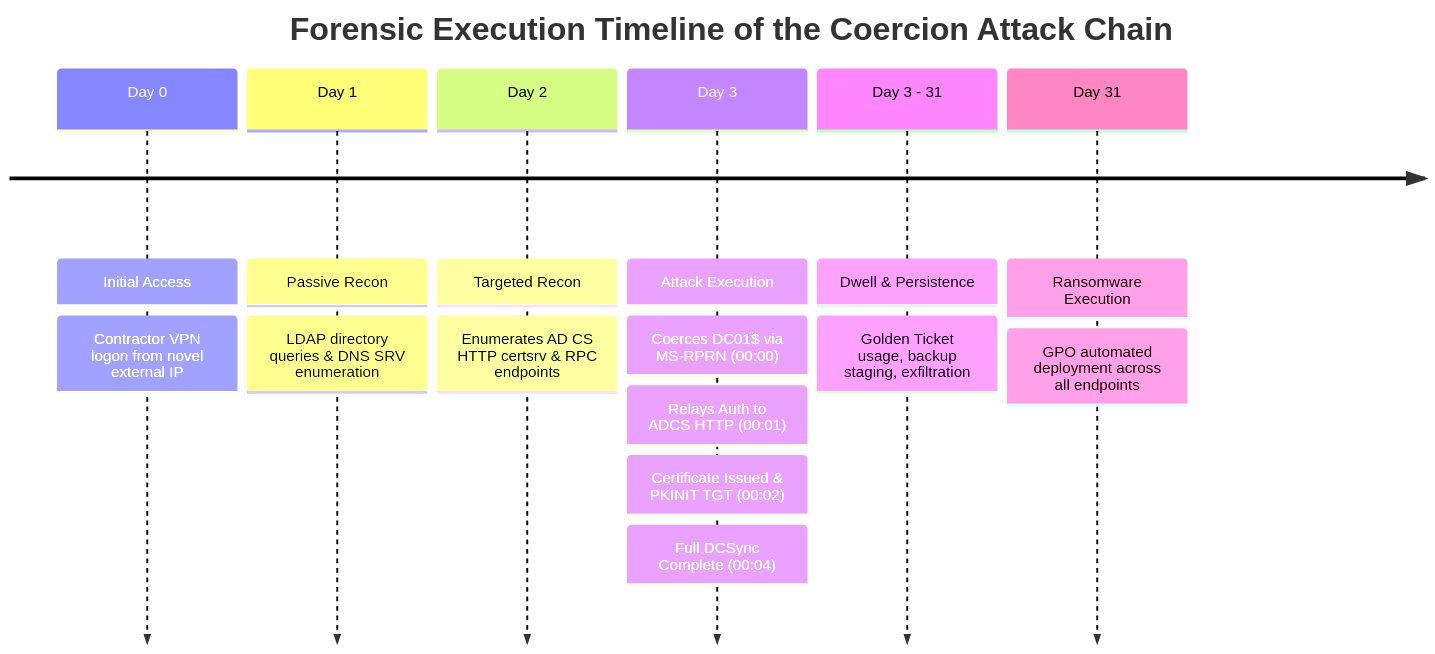
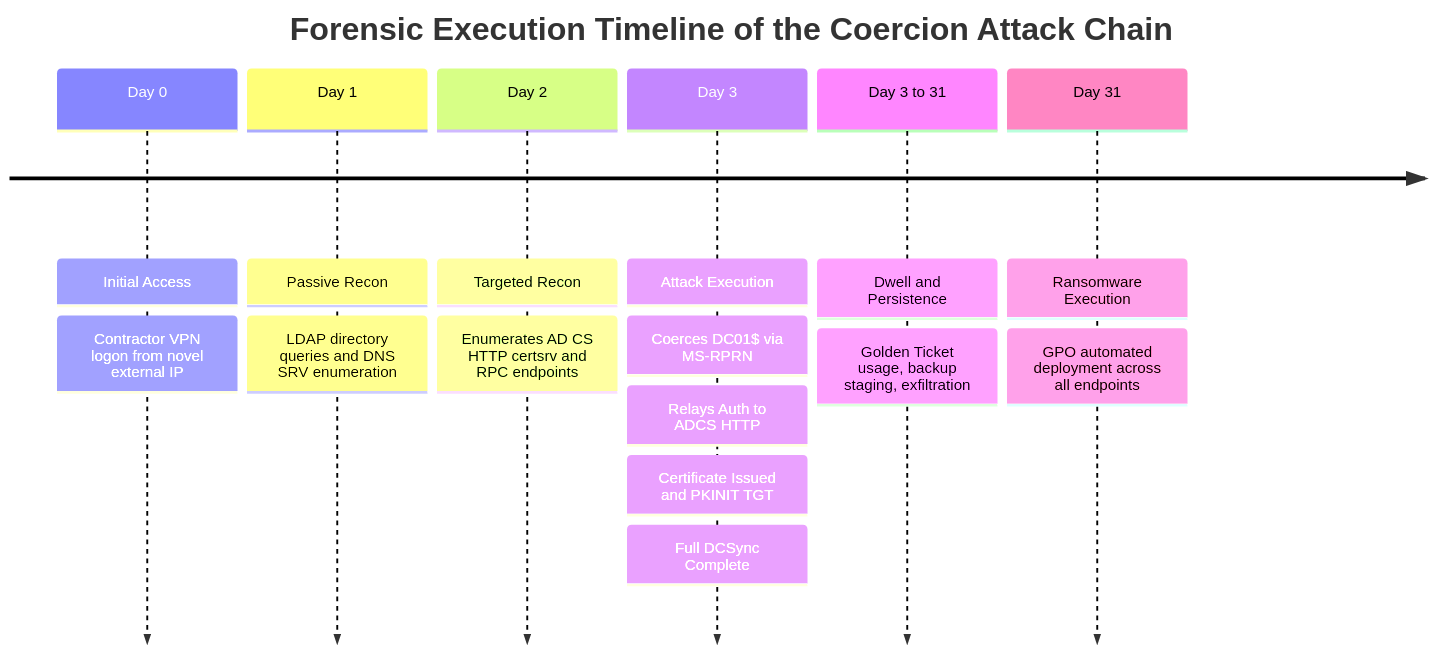
The third of 4 diagrams in On 10-10-2026 How Attackers Force Credential Exposure Without Touching the Credential Store  & The ACCA Model, Forensic Reconstruction, and the Safety Architecture That Works.md (hiro001-eth/What-I-Learned-Today-on-SOC-GRC-), drawn with Mermaid before and after one commit. The commit also changed other lines of this file and 1 other file, not shown here.

Commit message:
feat(paper-15): Fix Mermaid diagram syntax and publish Paper 15

````diff
--- a/On 10-10-2026 How Attackers Force Credential Exposure Without Touching the Credential Store  & The ACCA Model, Forensic Reconstruction, and the Safety Architecture That Works.md
+++ b/On 10-10-2026 How Attackers Force Credential Exposure Without Touching the Credential Store  & The ACCA Model, Forensic Reconstruction, and the Safety Architecture That Works.md
@@ -250,13 +244,13 @@
 ```mermaid
 timeline
     title Forensic Execution Timeline of the Coercion Attack Chain
     Day 0 : Initial Access : Contractor VPN logon from novel external IP
-    Day 1 : Passive Recon : LDAP directory queries & DNS SRV enumeration
-    Day 2 : Targeted Recon : Enumerates AD CS HTTP certsrv & RPC endpoints
-    Day 3 : Attack Execution : Coerces DC01$ via MS-RPRN (00:00)
-            : Relays Auth to ADCS HTTP (00:01)
-            : Certificate Issued & PKINIT TGT (00:02)
-            : Full DCSync Complete (00:04)
-    Day 3 - 31 : Dwell & Persistence : Golden Ticket usage, backup staging, exfiltration
+    Day 1 : Passive Recon : LDAP directory queries and DNS SRV enumeration
+    Day 2 : Targeted Recon : Enumerates AD CS HTTP certsrv and RPC endpoints
+    Day 3 : Attack Execution : Coerces DC01$ via MS-RPRN
+            : Relays Auth to ADCS HTTP
+            : Certificate Issued and PKINIT TGT
+            : Full DCSync Complete
+    Day 3 to 31 : Dwell and Persistence : Golden Ticket usage, backup staging, exfiltration
     Day 31 : Ransomware Execution : GPO automated deployment across all endpoints
 ```
````
